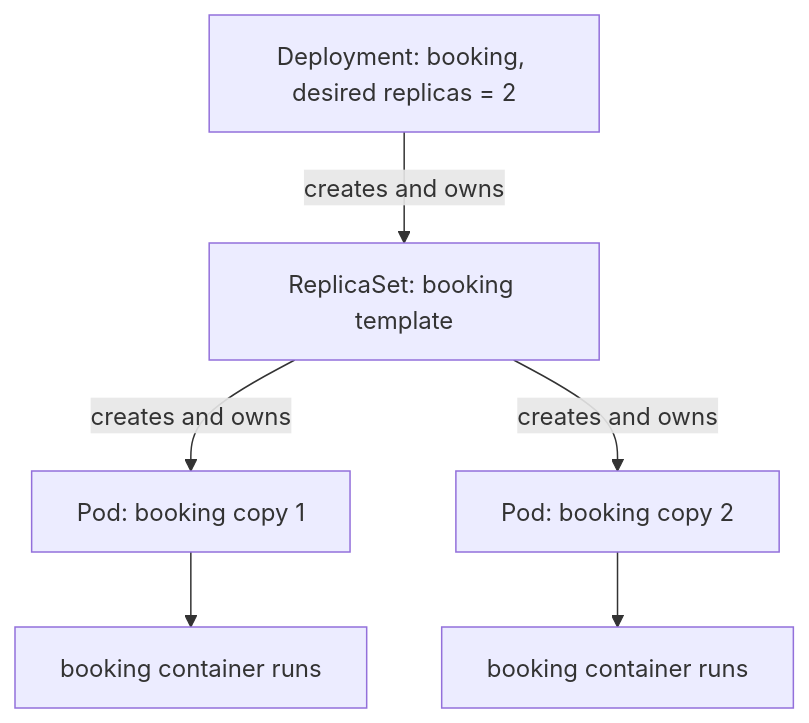
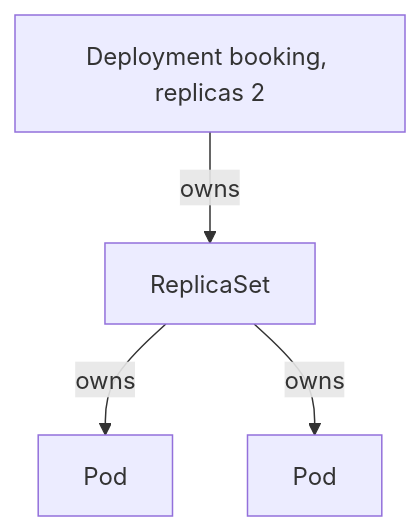
The diagram in docs/learn/workloads/ownership-and-replicas.md (darshan-raul/apollo11-docs), drawn with Mermaid before and after one commit. The commit also changed other lines of this file and 55 other files, not shown here.

````diff
--- a/docs/learn/workloads/ownership-and-replicas.md
+++ b/docs/learn/workloads/ownership-and-replicas.md
@@ -53,8 +19,6 @@
-~~~mermaid
+```mermaid
 flowchart TB
-  D[Deployment: booking, desired replicas = 2] -->|creates and owns| RS[ReplicaSet: booking template]
-  RS -->|creates and owns| P1[Pod: booking copy 1]
-  RS -->|creates and owns| P2[Pod: booking copy 2]
-  P1 --> K1[booking container runs]
-  P2 --> K2[booking container runs]
-~~~
+  D[Deployment booking, replicas 2] -->|owns| RS[ReplicaSet]
+  RS -->|owns| P1[Pod]
+  RS -->|owns| P2[Pod]
+```
````
